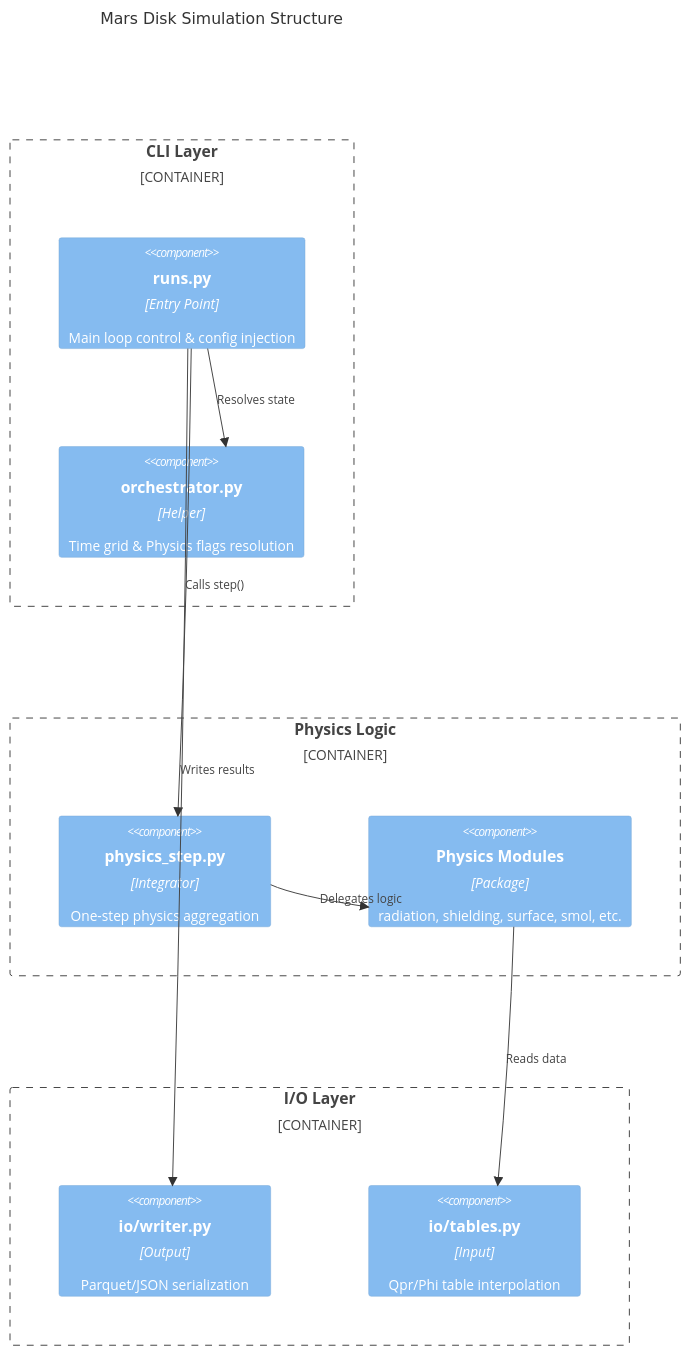
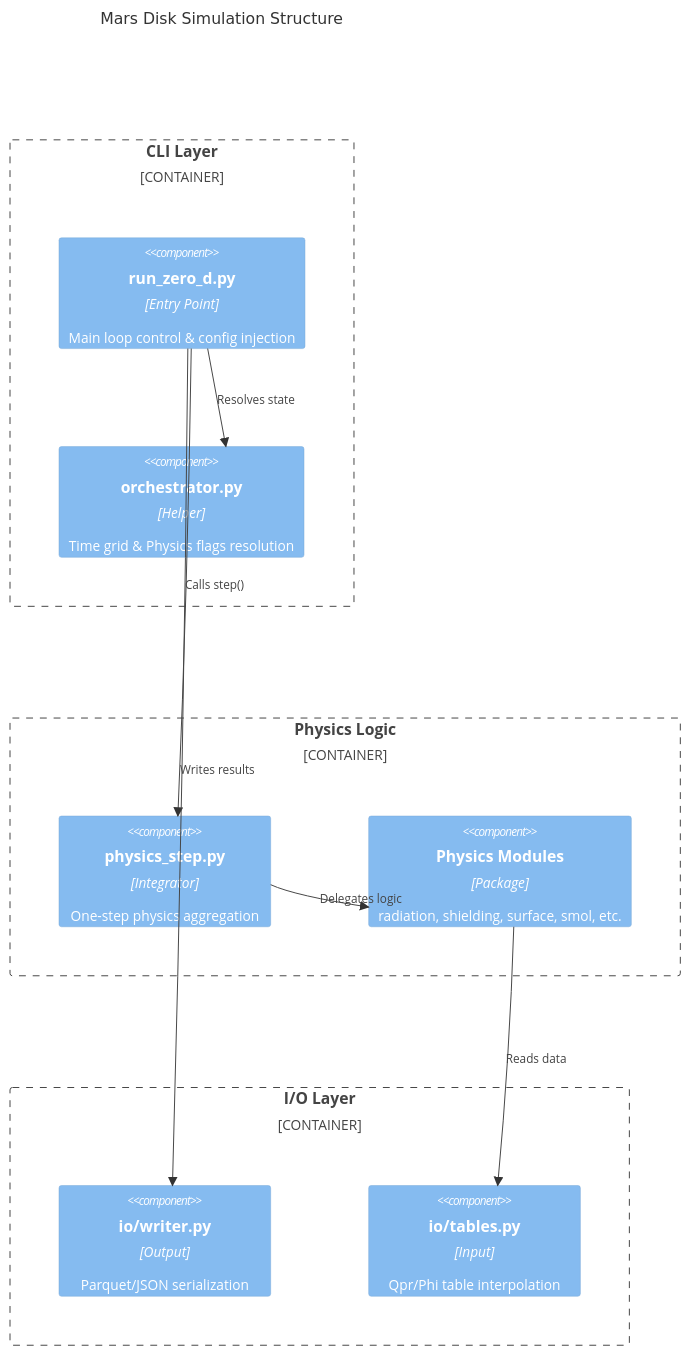
Before and after one commit to Einfeld686/MarsDiskSimulation: the diagram in analysis/overview.md, drawn with Mermaid. The commit also changed other lines of this file and 49 other files, not shown here.

````diff
--- a/analysis/overview.md
+++ b/analysis/overview.md
@@ -25,27 +25,27 @@
 ```mermaid
 C4Component
     title Mars Disk Simulation Structure
 
     Container_Boundary(cli, "CLI Layer") {
-        Component(run, "runs.py", "Entry Point", "Main loop control & config injection")
+        Component(run, "run_zero_d.py", "Entry Point", "Main loop control & config injection")
         Component(orch, "orchestrator.py", "Helper", "Time grid & Physics flags resolution")
     }
 
     Container_Boundary(physics, "Physics Logic") {
         Component(phys_step, "physics_step.py", "Integrator", "One-step physics aggregation")
         Component(modules, "Physics Modules", "Package", "radiation, shielding, surface, smol, etc.")
     }
 
     Container_Boundary(io, "I/O Layer") {
         Component(writer, "io/writer.py", "Output", "Parquet/JSON serialization")
         Component(tables, "io/tables.py", "Input", "Qpr/Phi table interpolation")
     }
 
     Rel(run, orch, "Resolves state")
     Rel(run, phys_step, "Calls step()")
     Rel(run, writer, "Writes results")
     Rel(phys_step, modules, "Delegates logic")
     Rel(modules, tables, "Reads data")
 
     UpdateLayoutConfig($c4ShapeInRow="3", $c4BoundaryInRow="1")
 ```
````
